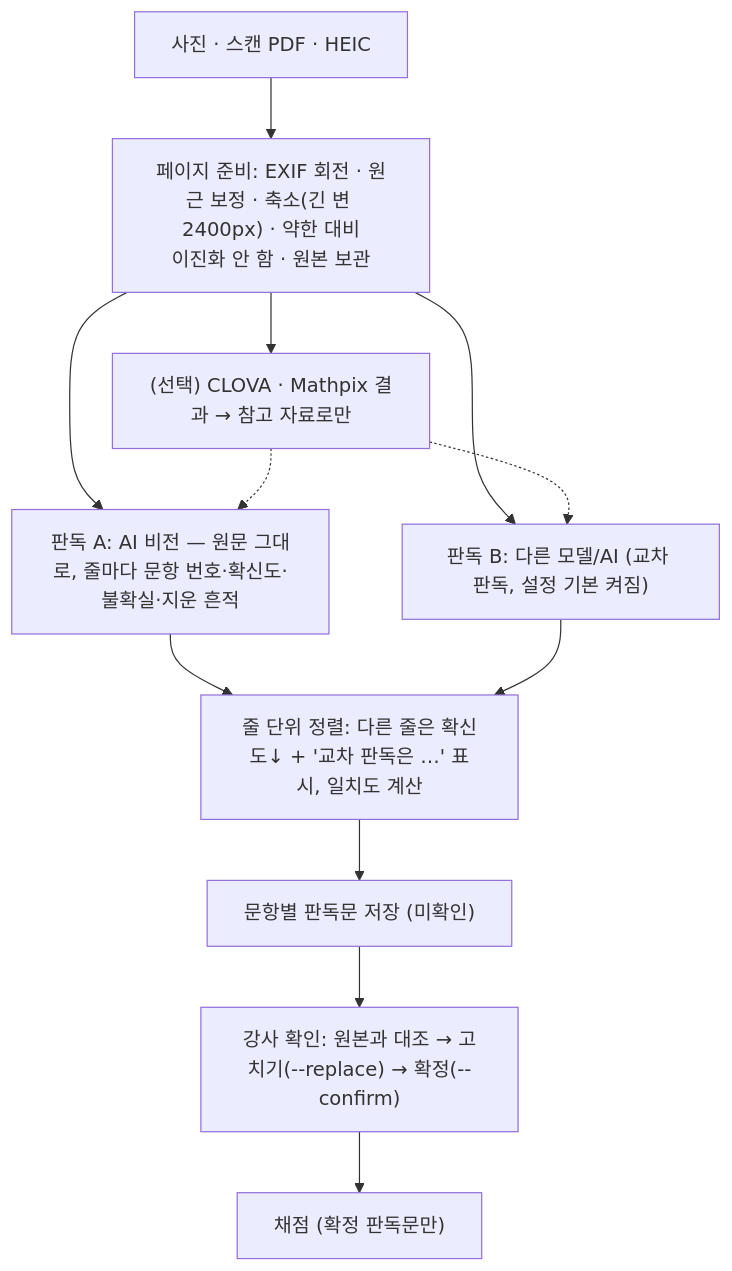
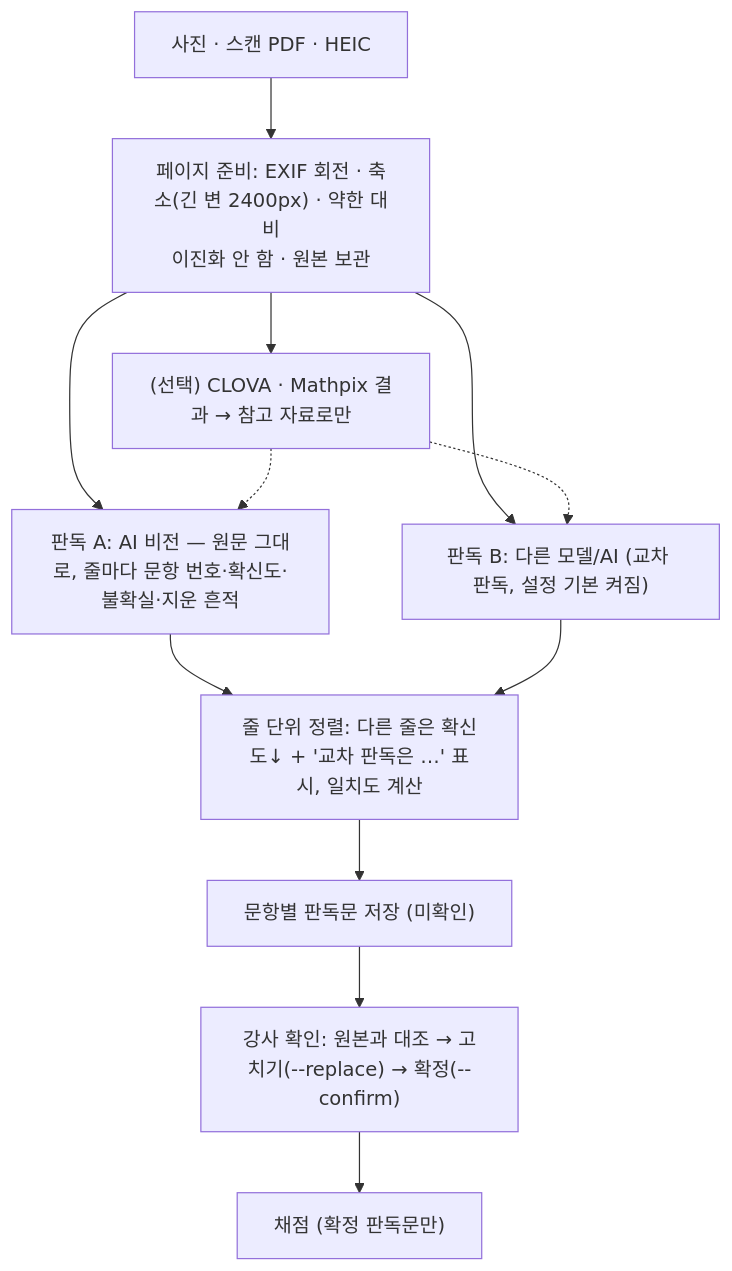
One commit to cherryopener/Dawoni changed the third of 4 diagrams in PLAN.md. Above: the diagram before and after it, drawn with Mermaid. The commit also changed other lines of this file and 6 other files, not shown here.

````diff
--- a/PLAN.md
+++ b/PLAN.md
@@ -267,12 +267,12 @@
 ```mermaid
 flowchart TD
-    P["사진 · 스캔 PDF · HEIC"] --> Q["페이지 준비: EXIF 회전 · 원근 보정 · 축소(긴 변 2400px) · 약한 대비<br/>이진화 안 함 · 원본 보관"]
+    P["사진 · 스캔 PDF · HEIC"] --> Q["페이지 준비: EXIF 회전 · 축소(긴 변 2400px) · 약한 대비<br/>이진화 안 함 · 원본 보관"]
     Q --> H["(선택) CLOVA · Mathpix 결과 → 참고 자료로만"]
     Q --> S1["판독 A: AI 비전 — 원문 그대로, 줄마다 문항 번호·확신도·불확실·지운 흔적"]
     Q --> S2["판독 B: 다른 모델/AI (교차 판독, 설정 기본 켜짐)"]
     H -.-> S1 & S2
     S1 & S2 --> T["줄 단위 정렬: 다른 줄은 확신도↓ + '교차 판독은 …' 표시, 일치도 계산"]
     T --> U["문항별 판독문 저장 (미확인)"]
     U --> V["강사 확인: 원본과 대조 → 고치기(--replace) → 확정(--confirm)"]
     V --> G["채점 (확정 판독문만)"]
 ```
````
